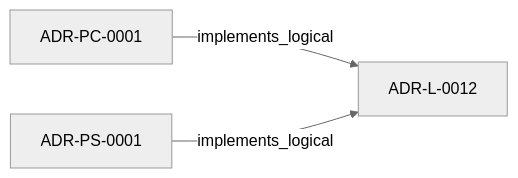
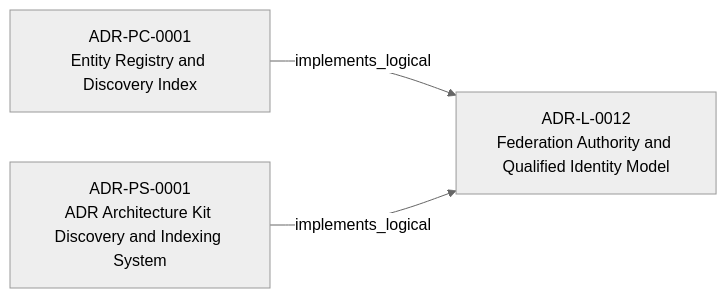
Before and after one commit to egallmann/adr-architecture-kit: the first of 2 diagrams in adrs/adr-projection/logical/ADR-L-0012-federation-authority-and-qualified-identity-model.md, drawn with Mermaid (neutral theme). The commit also changed other lines of this file and 35 other files, not shown here.

````diff
--- a/adrs/adr-projection/logical/ADR-L-0012-federation-authority-and-qualified-identity-model.md
+++ b/adrs/adr-projection/logical/ADR-L-0012-federation-authority-and-qualified-identity-model.md
@@ -31,8 +31,8 @@
 ```mermaid
 flowchart LR
-  n_019fee89_e616_744f_b63e_5ecddf344faa["ADR-L-0012"]
-  n_019fee89_e617_7270_ab2f_58a756d2530e["ADR-PC-0001"]
-  n_019fee89_e618_7b3e_813b_a449881b6adb["ADR-PS-0001"]
+  n_019fee89_e616_744f_b63e_5ecddf344faa["ADR-L-0012<br/>Federation Authority and Qualified Identity Model"]
+  n_019fee89_e617_7270_ab2f_58a756d2530e["ADR-PC-0001<br/>Entity Registry and Discovery Index"]
+  n_019fee89_e618_7b3e_813b_a449881b6adb["ADR-PS-0001<br/>ADR Architecture Kit Discovery and Indexing System"]
   n_019fee89_e617_7270_ab2f_58a756d2530e -->|"implements_logical"| n_019fee89_e616_744f_b63e_5ecddf344faa
   n_019fee89_e618_7b3e_813b_a449881b6adb -->|"implements_logical"| n_019fee89_e616_744f_b63e_5ecddf344faa
 ```
````
